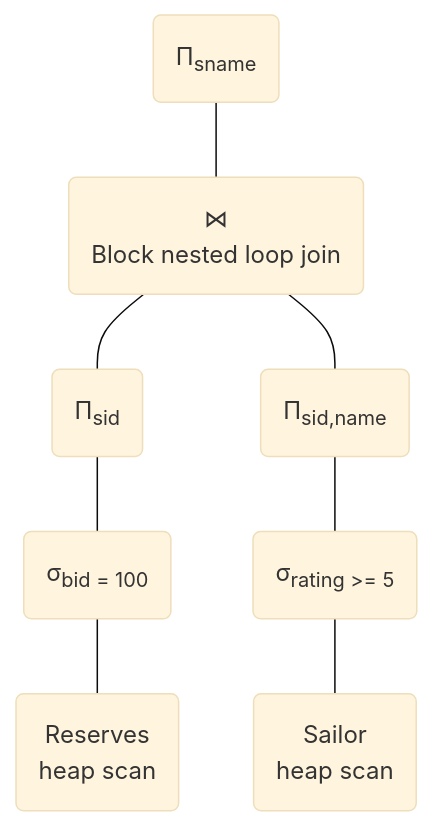
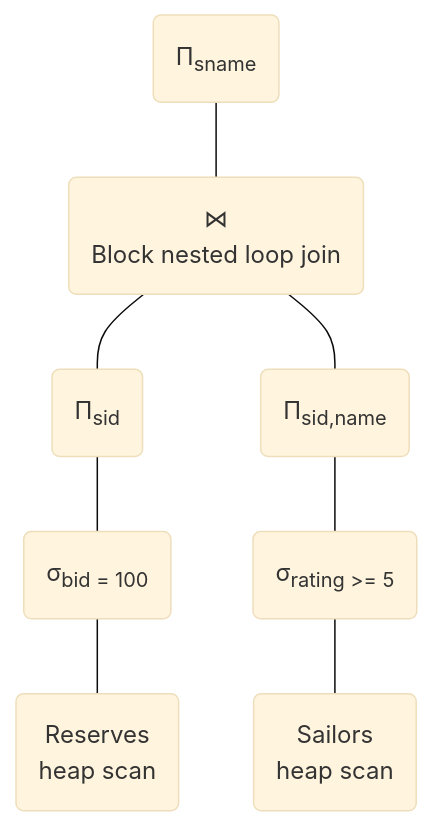
Before and after one commit to sutd50043/cohortclass: the eighth of 9 diagrams in cc8.md, drawn with Mermaid (base theme). The commit also changed other lines of this file, not shown here.

````diff
--- a/cc8.md
+++ b/cc8.md
@@ -293,10 +293,10 @@
 ```mermaid
 graph
 a("&Pi;<sub>sname</sub>") --- d
 d("&bowtie;<br/> Block nested loop join") --- b
 b("&Pi;<sub>sid</sub>")  --- f
 f("&sigma;<sub>bid = 100</sub>") --- g("Reserves <br/> heap scan")
 d("&bowtie;<br/> Block nested loop join") --- c
 c("&Pi;<sub>sid,name</sub>") --- h
-h("&sigma;<sub>rating >= 5</sub>") --- e("Sailor <br/> heap scan")
+h("&sigma;<sub>rating >= 5</sub>") --- e("Sailors <br/> heap scan")
 ```
````
